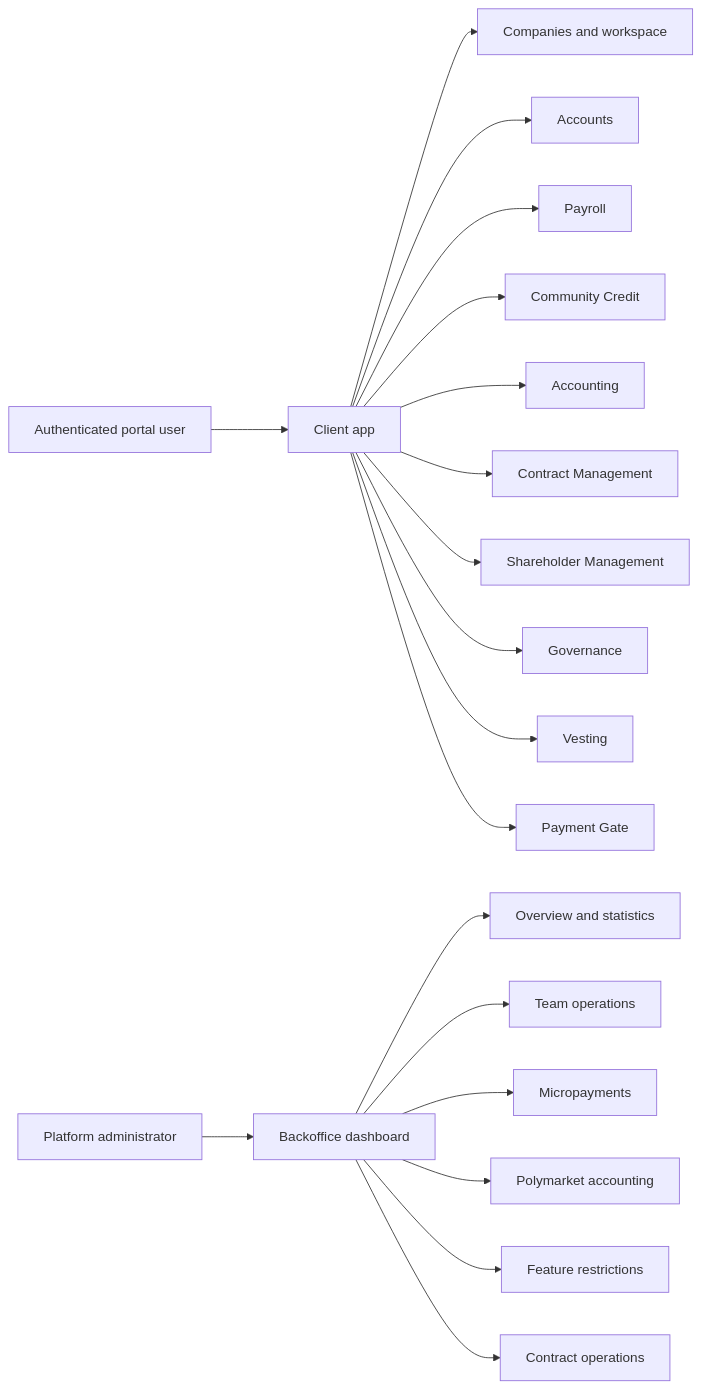
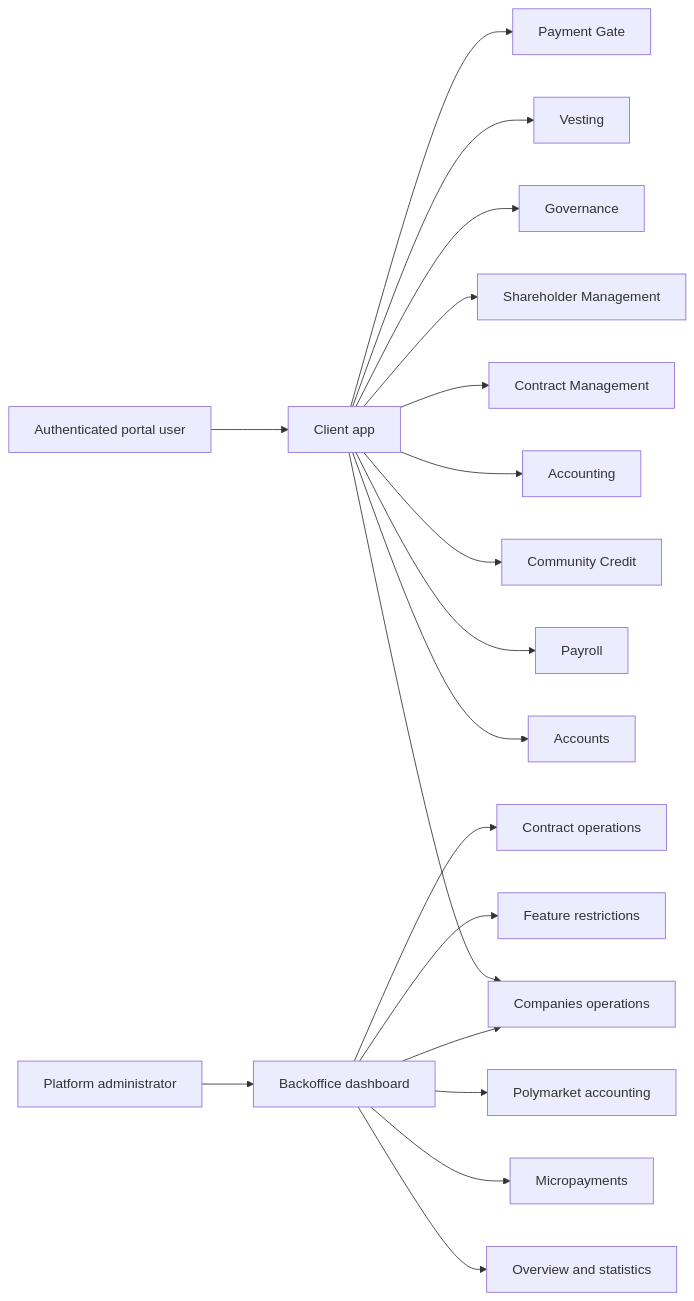
The diagram in docs/features/README.md (globe-and-citizen/cnc-portal), drawn with Mermaid before and after one commit. The commit also changed other lines of this file and 5 other files, not shown here.

Commit message:
docs: 📝 validate Companies Operations user stories

````diff
--- a/docs/features/README.md
+++ b/docs/features/README.md
@@ -14,23 +14,23 @@
 ```mermaid
 flowchart LR
   user[Authenticated portal user] --> app[Client app]
   admin[Platform administrator] --> backoffice[Backoffice dashboard]
 
   app --> companies[Companies and workspace]
   app --> accounts[Accounts]
   app --> payroll[Payroll]
   app --> credit[Community Credit]
   app --> accounting[Accounting]
   app --> contracts[Contract Management]
   app --> shareholderManagement[Shareholder Management]
   app --> governance[Governance]
   app --> vesting[Vesting]
   app --> paymentGate[Payment Gate]
 
   backoffice --> overview[Overview and statistics]
-  backoffice --> teams[Team operations]
+  backoffice --> companies[Companies operations]
   backoffice --> fees[Micropayments]
   backoffice --> polymarket[Polymarket accounting]
   backoffice --> restrictions[Feature restrictions]
   backoffice --> contractOps[Contract operations]
 ```
````
